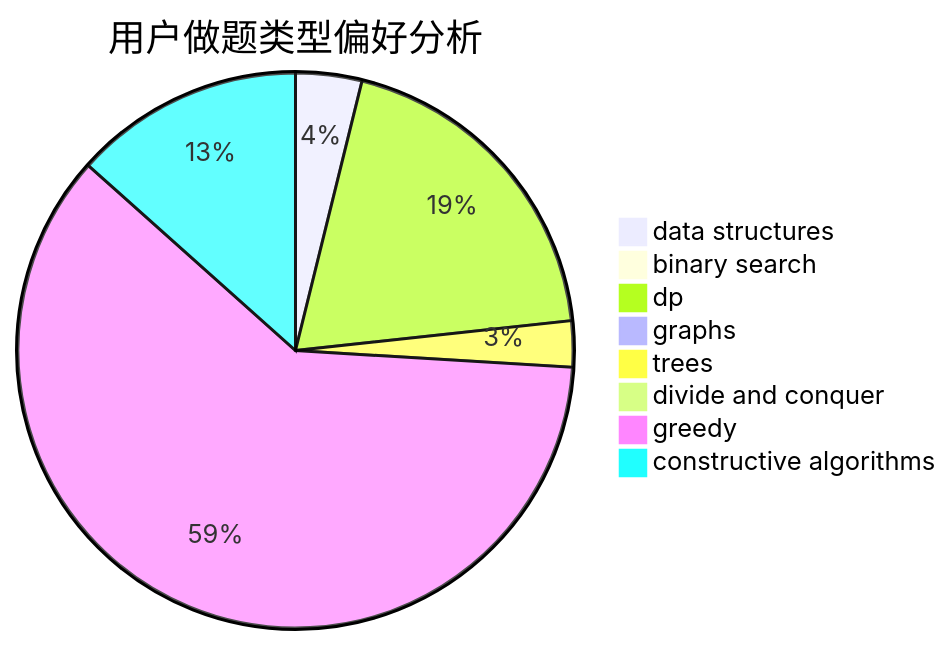
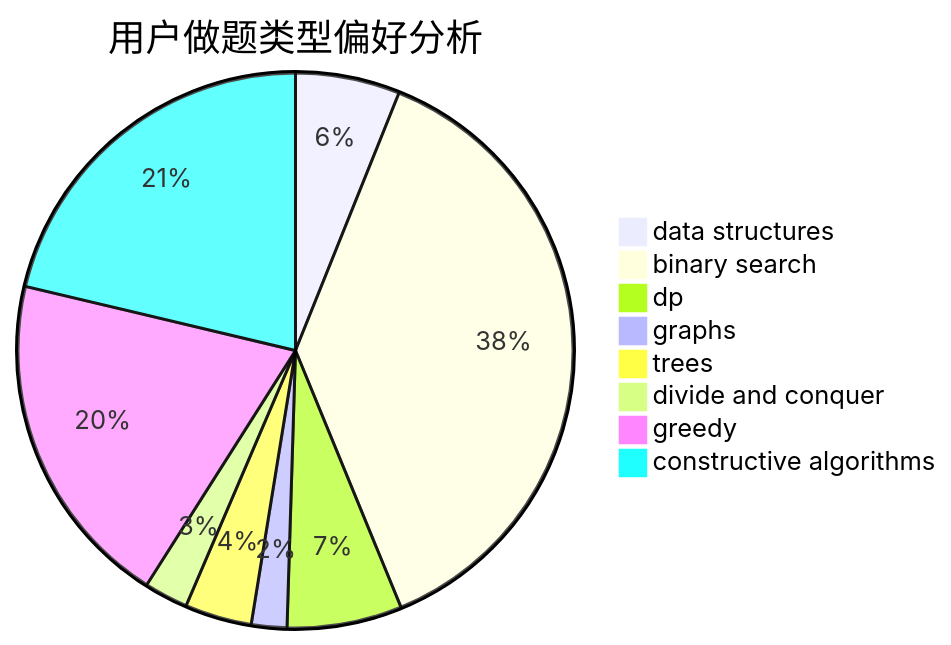
One commit to sherpahu/cfrs.github.io changed the second of 3 diagrams in docs/user/u474.md. Above: the diagram before and after it, drawn with Mermaid. The commit also changed other lines of this file and 2770 other files, not shown here.

````diff
--- a/docs/user/u474.md
+++ b/docs/user/u474.md
@@ -23,11 +23,11 @@
 ```mermaid
 pie title 用户做题类型偏好分析
-    "data structures" :  23
-    "binary search" :  6
-    "dp" :  116
-    "graphs" :  6
-    "trees" :  16
-    "divide and conquer" :  0
-    "greedy" :  362
-    "constructive algorithms" :  80
+    "data structures" :  50
+    "binary search" :  310
+    "dp" :  55
+    "graphs" :  17
+    "trees" :  32
+    "divide and conquer" :  21
+    "greedy" :  162
+    "constructive algorithms" :  175
 ```
````
